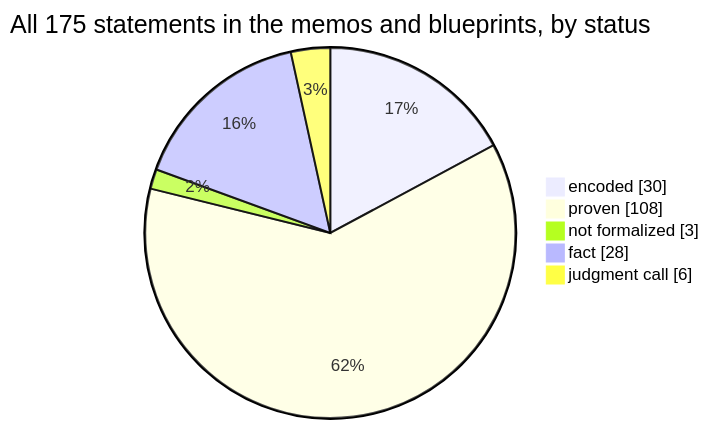
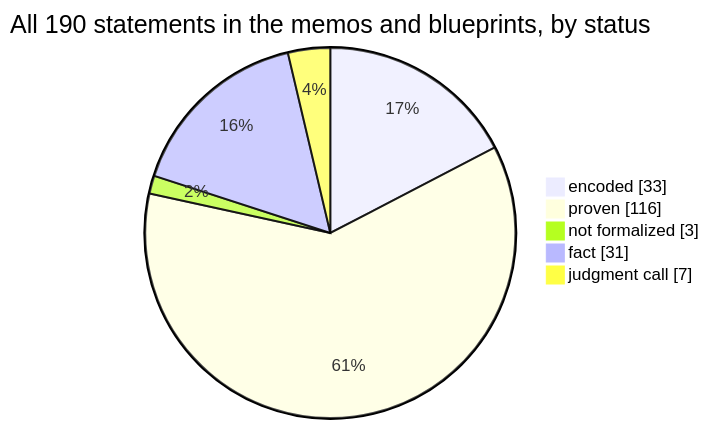
Before and after one commit to SeanWMurray/Canteen: the first of 4 diagrams in docs/graphs/dashboard.md, drawn with Mermaid. The commit also changed other lines of this file and 10 other files, not shown here.

````diff
--- a/docs/graphs/dashboard.md
+++ b/docs/graphs/dashboard.md
@@ -11,8 +11,8 @@
 ```mermaid
-pie showData title All 175 statements in the memos and blueprints, by status
-    "encoded" : 30
-    "proven" : 108
+pie showData title All 190 statements in the memos and blueprints, by status
+    "encoded" : 33
+    "proven" : 116
     "not formalized" : 3
-    "fact" : 28
-    "judgment call" : 6
+    "fact" : 31
+    "judgment call" : 7
 ```
````
